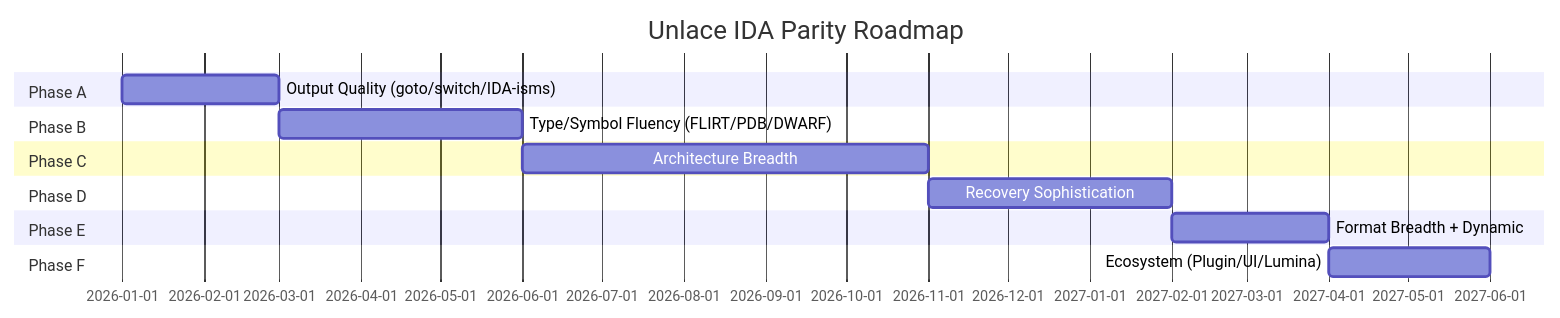
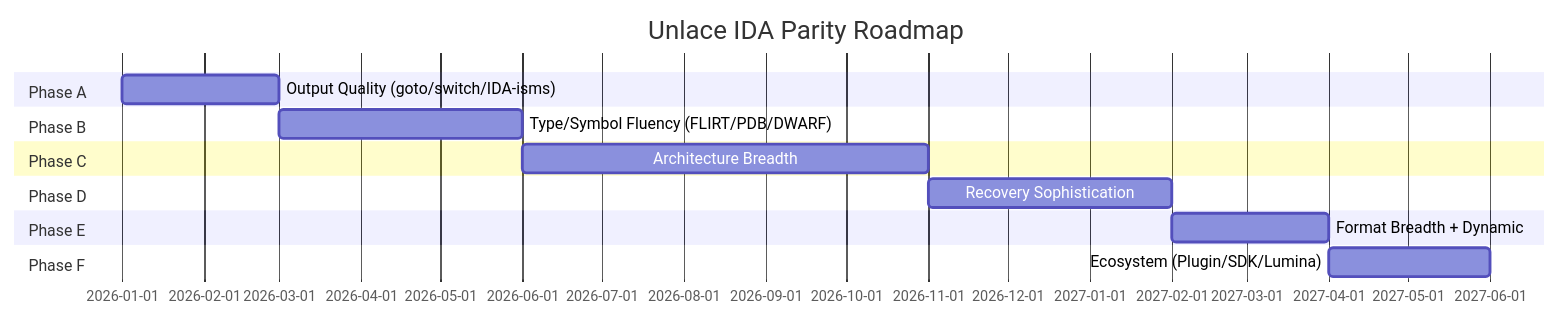
One commit to coleleavitt/unlace changed the eighth of 12 diagrams in ARCHITECTURE.md. Above: the diagram before and after it, drawn with Mermaid. The commit also changed other lines of this file and 9 other files, not shown here.

````diff
--- a/ARCHITECTURE.md
+++ b/ARCHITECTURE.md
@@ -334,17 +337,17 @@
 ```mermaid
 gantt
     title Unlace IDA Parity Roadmap
     dateFormat YYYY-MM
     section Phase A
     Output Quality (goto/switch/IDA-isms)    :a1, 2026-01, 2M
     section Phase B
     Type/Symbol Fluency (FLIRT/PDB/DWARF)   :a2, after a1, 3M
     section Phase C
     Architecture Breadth                     :a3, after a2, 5M
     section Phase D
     Recovery Sophistication                  :a4, after a3, 3M
     section Phase E
     Format Breadth + Dynamic                 :a5, after a4, 2M
     section Phase F
-    Ecosystem (Plugin/UI/Lumina)            :a6, after a5, 2M
+    Ecosystem (Plugin/SDK/Lumina)            :a6, after a5, 2M
 ```
````
